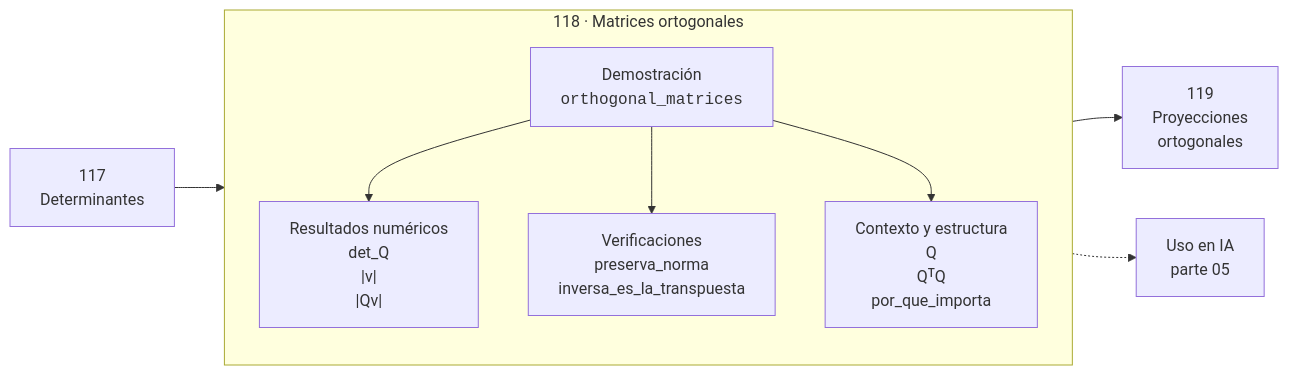
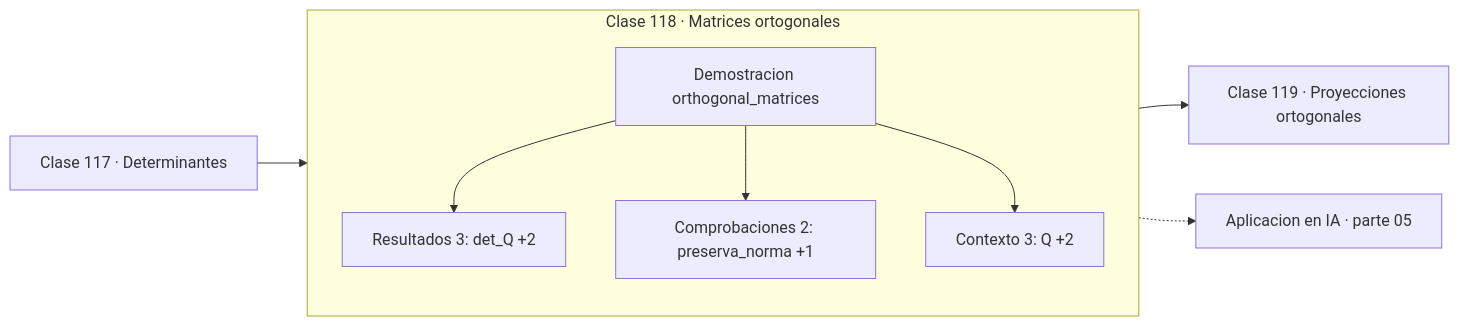
The diagram in classes/part-05-algebra-lineal-i-vectores-y-matrices/118-matrices-ortogonales/README.md (vladimiracunadev-create/computational-mathematics-program), drawn with Mermaid before and after one commit. The commit also changed 389 other files, not shown here.

First line of the commit message:
fix(diagramas): elimina el HTML de las etiquetas Mermaid

````diff
--- a/classes/part-05-algebra-lineal-i-vectores-y-matrices/118-matrices-ortogonales/README.md
+++ b/classes/part-05-algebra-lineal-i-vectores-y-matrices/118-matrices-ortogonales/README.md
@@ -30,12 +30,13 @@
 ```mermaid
 flowchart LR
-    P["117<br/>Determinantes"] --> C
-    subgraph C["118 · Matrices ortogonales"]
+    P["Clase 117 · Determinantes"] --> D
+    subgraph CLASE["Clase 118 · Matrices ortogonales"]
         direction TB
-        D["Demostración<br/><code>orthogonal_matrices</code>"] --> R["Resultados numéricos<br/>det_Q<br/>|v|<br/>|Qv|"]
-        D --> V["Verificaciones<br/>preserva_norma<br/>inversa_es_la_transpuesta"]
-        D --> O["Contexto y estructura<br/>Q<br/>QᵀQ<br/>por_que_importa"]
+        D["Demostracion orthogonal_matrices"]
+        D --> R["Resultados 3: det_Q +2"]
+        D --> V["Comprobaciones 2: preserva_norma +1"]
+        D --> O["Contexto 3: Q +2"]
     end
-    C --> N["119<br/>Proyecciones<br/>ortogonales"]
-    C -.-> IA["Uso en IA<br/>parte 05"]
+    R --> N["Clase 119 · Proyecciones ortogonales"]
+    V -.-> IA["Aplicacion en IA · parte 05"]
 ```
````
